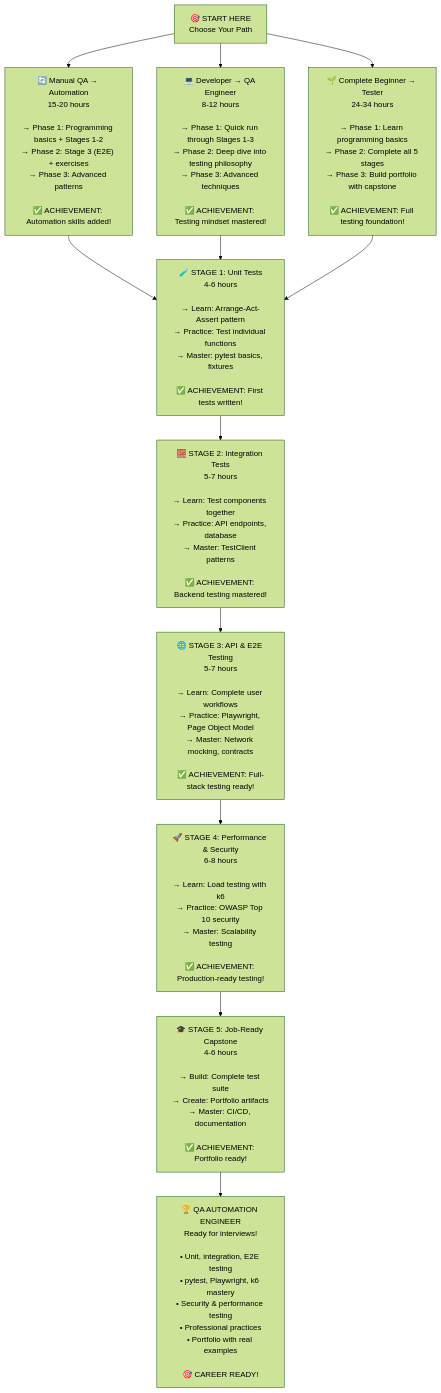
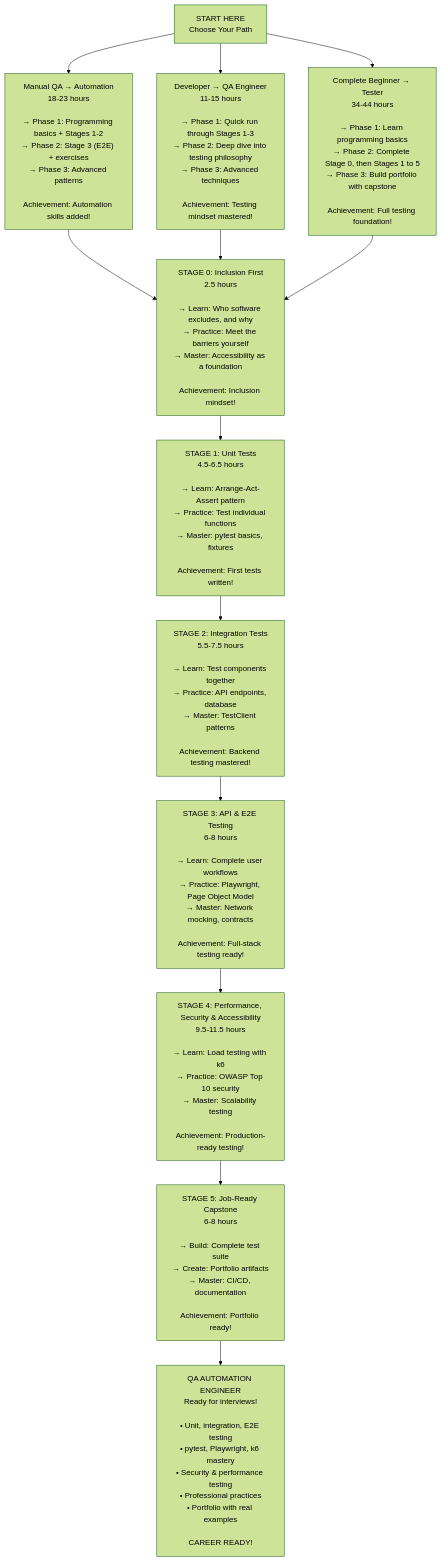
Before and after one commit to upt3mpo/testbook: the first of 2 diagrams in learn/README.md, drawn with Mermaid (forest theme). The commit also changed other lines of this file and 20 other files, not shown here.

````diff
--- a/learn/README.md
+++ b/learn/README.md
@@ -124,21 +124,23 @@
 ```mermaid
 flowchart TD
-    A["🎯 START HERE<br/>Choose Your Path"]
-    A --> B["🔄 Manual QA → Automation<br/>15-20 hours<br/><br/>→ Phase 1: Programming basics + Stages 1-2<br/>→ Phase 2: Stage 3 (E2E) + exercises<br/>→ Phase 3: Advanced patterns<br/><br/>✅ ACHIEVEMENT: Automation skills added!"]
-    A --> C["💻 Developer → QA Engineer<br/>8-12 hours<br/><br/>→ Phase 1: Quick run through Stages 1-3<br/>→ Phase 2: Deep dive into testing philosophy<br/>→ Phase 3: Advanced techniques<br/><br/>✅ ACHIEVEMENT: Testing mindset mastered!"]
-    A --> D["🌱 Complete Beginner → Tester<br/>24-34 hours<br/><br/>→ Phase 1: Learn programming basics<br/>→ Phase 2: Complete all 5 stages<br/>→ Phase 3: Build portfolio with capstone<br/><br/>✅ ACHIEVEMENT: Full testing foundation!"]
+    A["START HERE<br/>Choose Your Path"]
+    A --> B["Manual QA → Automation<br/>18-23 hours<br/><br/>→ Phase 1: Programming basics + Stages 1-2<br/>→ Phase 2: Stage 3 (E2E) + exercises<br/>→ Phase 3: Advanced patterns<br/><br/>Achievement: Automation skills added!"]
+    A --> C["Developer → QA Engineer<br/>11-15 hours<br/><br/>→ Phase 1: Quick run through Stages 1-3<br/>→ Phase 2: Deep dive into testing philosophy<br/>→ Phase 3: Advanced techniques<br/><br/>Achievement: Testing mindset mastered!"]
+    A --> D["Complete Beginner → Tester<br/>34-44 hours<br/><br/>→ Phase 1: Learn programming basics<br/>→ Phase 2: Complete Stage 0, then Stages 1 to 5<br/>→ Phase 3: Build portfolio with capstone<br/><br/>Achievement: Full testing foundation!"]
 
-    B --> E["🧪 STAGE 1: Unit Tests<br/>4-6 hours<br/><br/>→ Learn: Arrange-Act-Assert pattern<br/>→ Practice: Test individual functions<br/>→ Master: pytest basics, fixtures<br/><br/>✅ ACHIEVEMENT: First tests written!"]
-    C --> E
-    D --> E
+    B --> Z
+    C --> Z
+    D --> Z
+    Z["STAGE 0: Inclusion First<br/>2.5 hours<br/><br/>→ Learn: Who software excludes, and why<br/>→ Practice: Meet the barriers yourself<br/>→ Master: Accessibility as a foundation<br/><br/>Achievement: Inclusion mindset!"]
+    Z --> E["STAGE 1: Unit Tests<br/>4.5-6.5 hours<br/><br/>→ Learn: Arrange-Act-Assert pattern<br/>→ Practice: Test individual functions<br/>→ Master: pytest basics, fixtures<br/><br/>Achievement: First tests written!"]
 
-    E --> F["🧱 STAGE 2: Integration Tests<br/>5-7 hours<br/><br/>→ Learn: Test components together<br/>→ Practice: API endpoints, database<br/>→ Master: TestClient patterns<br/><br/>✅ ACHIEVEMENT: Backend testing mastered!"]
+    E --> F["STAGE 2: Integration Tests<br/>5.5-7.5 hours<br/><br/>→ Learn: Test components together<br/>→ Practice: API endpoints, database<br/>→ Master: TestClient patterns<br/><br/>Achievement: Backend testing mastered!"]
 
-    F --> G["🌐 STAGE 3: API & E2E Testing<br/>5-7 hours<br/><br/>→ Learn: Complete user workflows<br/>→ Practice: Playwright, Page Object Model<br/>→ Master: Network mocking, contracts<br/><br/>✅ ACHIEVEMENT: Full-stack testing ready!"]
+    F --> G["STAGE 3: API & E2E Testing<br/>6-8 hours<br/><br/>→ Learn: Complete user workflows<br/>→ Practice: Playwright, Page Object Model<br/>→ Master: Network mocking, contracts<br/><br/>Achievement: Full-stack testing ready!"]
 
-    G --> H["🚀 STAGE 4: Performance & Security<br/>6-8 hours<br/><br/>→ Learn: Load testing with k6<br/>→ Practice: OWASP Top 10 security<br/>→ Master: Scalability testing<br/><br/>✅ ACHIEVEMENT: Production-ready testing!"]
+    G --> H["STAGE 4: Performance, Security & Accessibility<br/>9.5-11.5 hours<br/><br/>→ Learn: Load testing with k6<br/>→ Practice: OWASP Top 10 security<br/>→ Master: Scalability testing<br/><br/>Achievement: Production-ready testing!"]
 
-    H --> I["🎓 STAGE 5: Job-Ready Capstone<br/>4-6 hours<br/><br/>→ Build: Complete test suite<br/>→ Create: Portfolio artifacts<br/>→ Master: CI/CD, documentation<br/><br/>✅ ACHIEVEMENT: Portfolio ready!"]
+    H --> I["STAGE 5: Job-Ready Capstone<br/>6-8 hours<br/><br/>→ Build: Complete test suite<br/>→ Create: Portfolio artifacts<br/>→ Master: CI/CD, documentation<br/><br/>Achievement: Portfolio ready!"]
 
-    I --> J["🏆 QA AUTOMATION ENGINEER<br/>Ready for interviews!<br/><br/>• Unit, integration, E2E testing<br/>• pytest, Playwright, k6 mastery<br/>• Security & performance testing<br/>• Professional practices<br/>• Portfolio with real examples<br/><br/>🎯 CAREER READY!"]
+    I --> J["QA AUTOMATION ENGINEER<br/>Ready for interviews!<br/><br/>• Unit, integration, E2E testing<br/>• pytest, Playwright, k6 mastery<br/>• Security & performance testing<br/>• Professional practices<br/>• Portfolio with real examples<br/><br/>CAREER READY!"]
 ```
````
